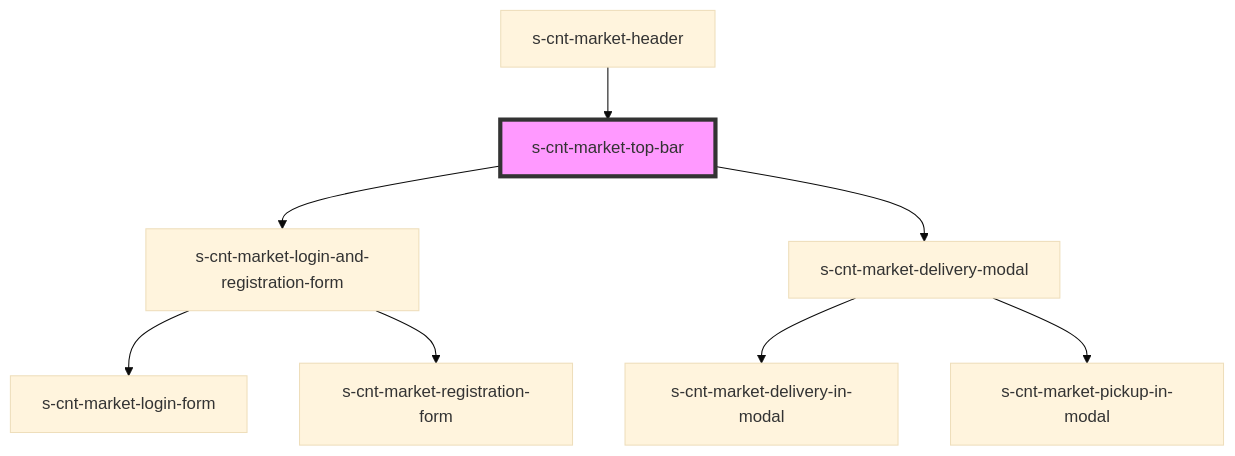
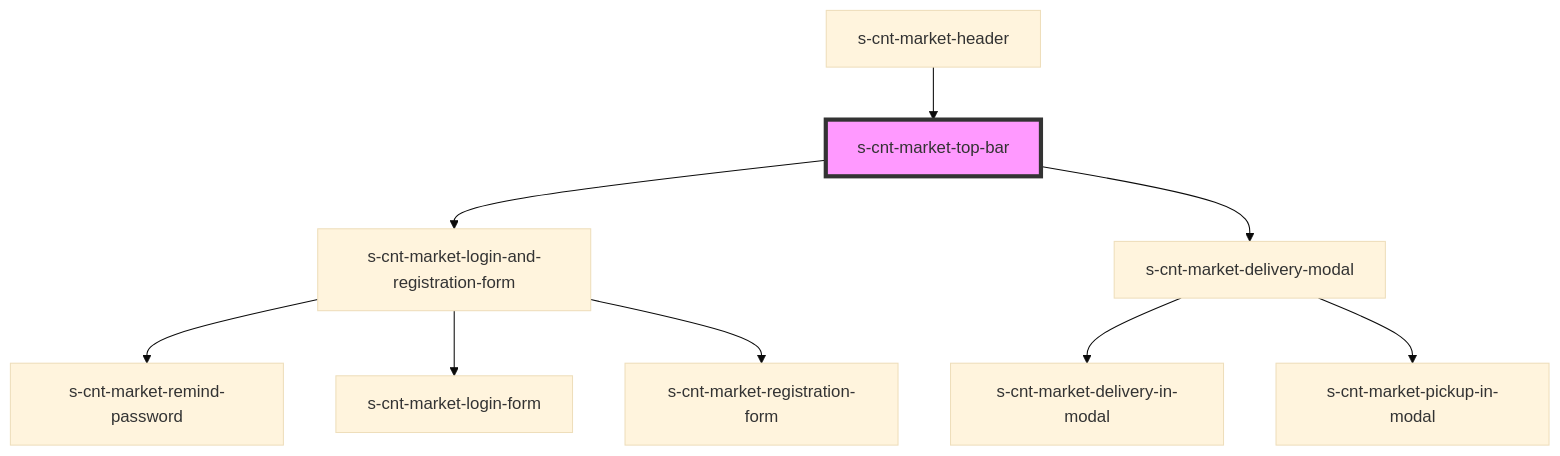
The diagram in src/components/group-b/res/view/s-cnt-market-header-wrapper/res/view/s-cnt-market-header/res/view/s-cnt-market-top-bar/readme.md (saqhan/stencil-market), drawn with Mermaid (base theme) before and after one commit. The commit also changed 38 other files, not shown here.

````diff
--- a/src/components/group-b/res/view/s-cnt-market-header-wrapper/res/view/s-cnt-market-header/res/view/s-cnt-market-top-bar/readme.md
+++ b/src/components/group-b/res/view/s-cnt-market-header-wrapper/res/view/s-cnt-market-header/res/view/s-cnt-market-top-bar/readme.md
@@ -27,11 +27,12 @@
 ```mermaid
 graph TD;
   s-cnt-market-top-bar --> s-cnt-market-login-and-registration-form
   s-cnt-market-top-bar --> s-cnt-market-delivery-modal
+  s-cnt-market-login-and-registration-form --> s-cnt-market-remind-password
   s-cnt-market-login-and-registration-form --> s-cnt-market-login-form
   s-cnt-market-login-and-registration-form --> s-cnt-market-registration-form
   s-cnt-market-delivery-modal --> s-cnt-market-delivery-in-modal
   s-cnt-market-delivery-modal --> s-cnt-market-pickup-in-modal
   s-cnt-market-header --> s-cnt-market-top-bar
   style s-cnt-market-top-bar fill:#f9f,stroke:#333,stroke-width:4px
 ```
````
